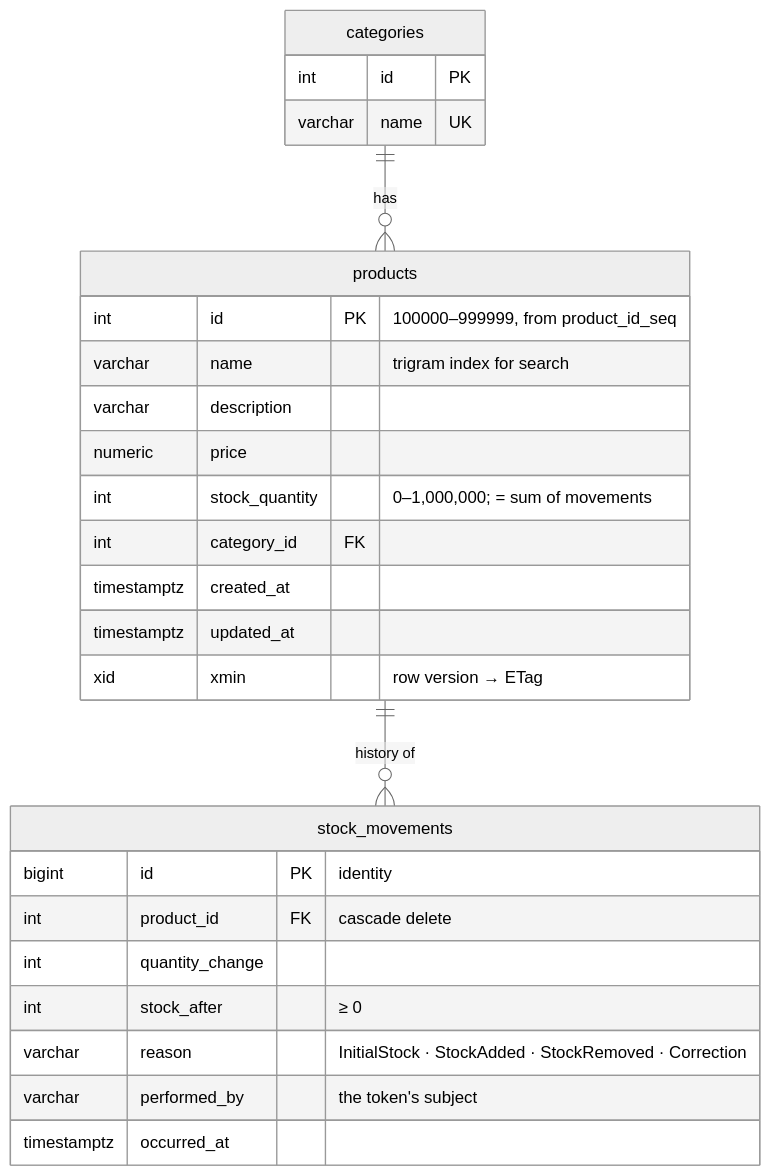
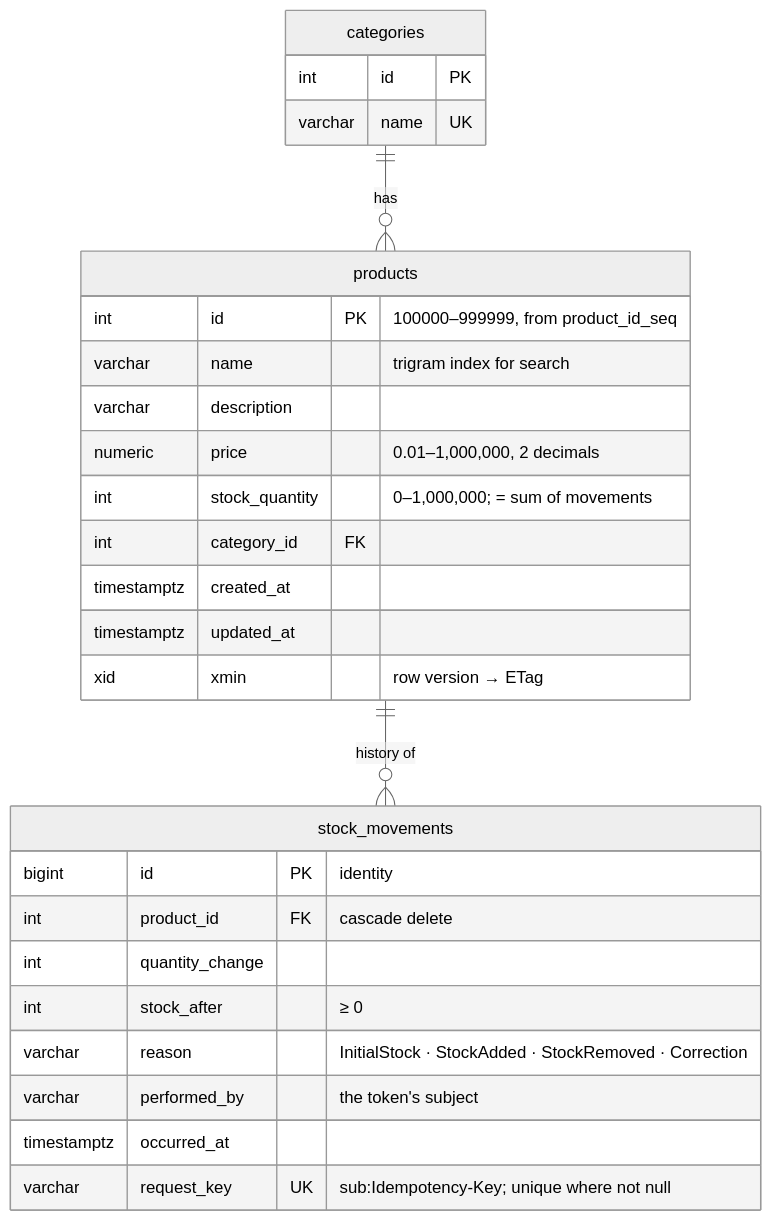
The second of 2 diagrams in docs/architecture.md (RubenCipriano/zeiss-product-management), drawn with Mermaid (neutral theme) before and after one commit. The commit also changed other lines of this file and 73 other files, not shown here.

First line of the commit message:
refactor(web): feature layers, Lighthouse and Playwright, mobile and a11y fixes; Mermaid flows

````diff
--- a/docs/architecture.md
+++ b/docs/architecture.md
@@ -204,30 +140,31 @@
 ```mermaid
 erDiagram
     categories ||--o{ products : "has"
     products ||--o{ stock_movements : "history of"
 
     categories {
         int id PK
         varchar name UK
     }
     products {
         int id PK "100000–999999, from product_id_seq"
         varchar name "trigram index for search"
         varchar description
-        numeric price
+        numeric price "0.01–1,000,000, 2 decimals"
         int stock_quantity "0–1,000,000; = sum of movements"
         int category_id FK
         timestamptz created_at
         timestamptz updated_at
         xid xmin "row version → ETag"
     }
     stock_movements {
         bigint id PK "identity"
         int product_id FK "cascade delete"
         int quantity_change
         int stock_after "≥ 0"
         varchar reason "InitialStock · StockAdded · StockRemoved · Correction"
         varchar performed_by "the token's subject"
         timestamptz occurred_at
+        varchar request_key UK "sub:Idempotency-Key; unique where not null"
     }
 ```
````
